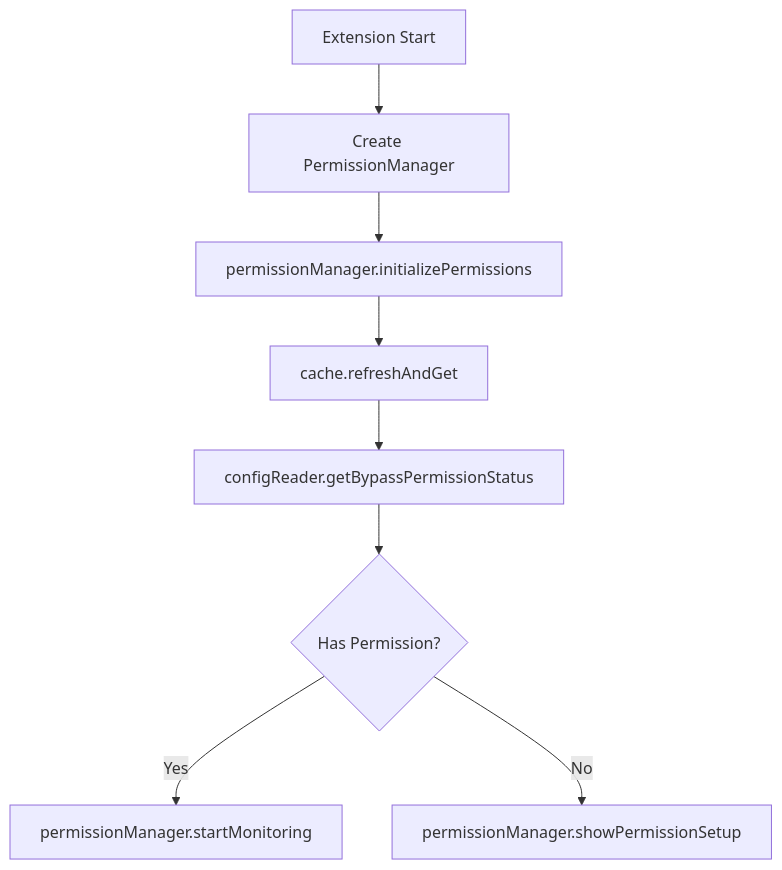
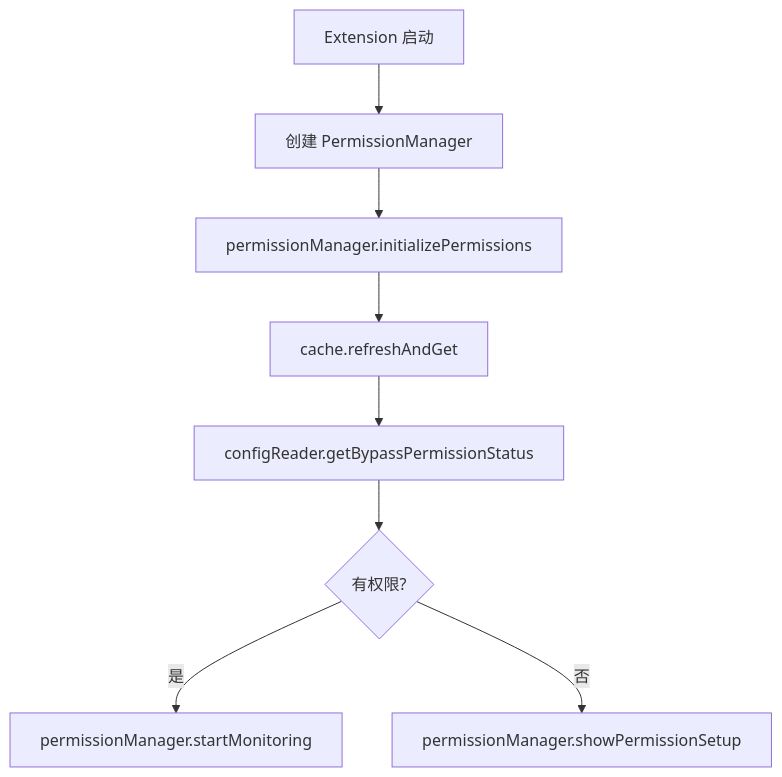
Before and after one commit to Stonelukas/stash-userscripts: the third of 3 diagrams in .claude/agents/kfc/spec-design.md, drawn with Mermaid. The commit also changed other lines of this file and 25 other files, not shown here.

````diff
--- a/.claude/agents/kfc/spec-design.md
+++ b/.claude/agents/kfc/spec-design.md
@@ -86,13 +86,13 @@
 ```mermaid
 flowchart TD
-    A[Extension Start] --> B[Create PermissionManager]
+    A[Extension 启动] --> B[创建 PermissionManager]
     B --> C[permissionManager.initializePermissions]
     C --> D[cache.refreshAndGet]
     D --> E[configReader.getBypassPermissionStatus]
-    E --> F{Has Permission?}
-    F -->|Yes| G[permissionManager.startMonitoring]
-    F -->|No| H[permissionManager.showPermissionSetup]
+    E --> F{有权限?}
+    F -->|是| G[permissionManager.startMonitoring]
+    F -->|否| H[permissionManager.showPermissionSetup]
     
-    %% Note: Directly reference the interface methods defined earlier
-    %% This ensures design consistency and traceability
+    %% 注意：直接引用前面定义的接口方法
+    %% 这样可以保证设计的一致性和可追溯性
 ```
````
